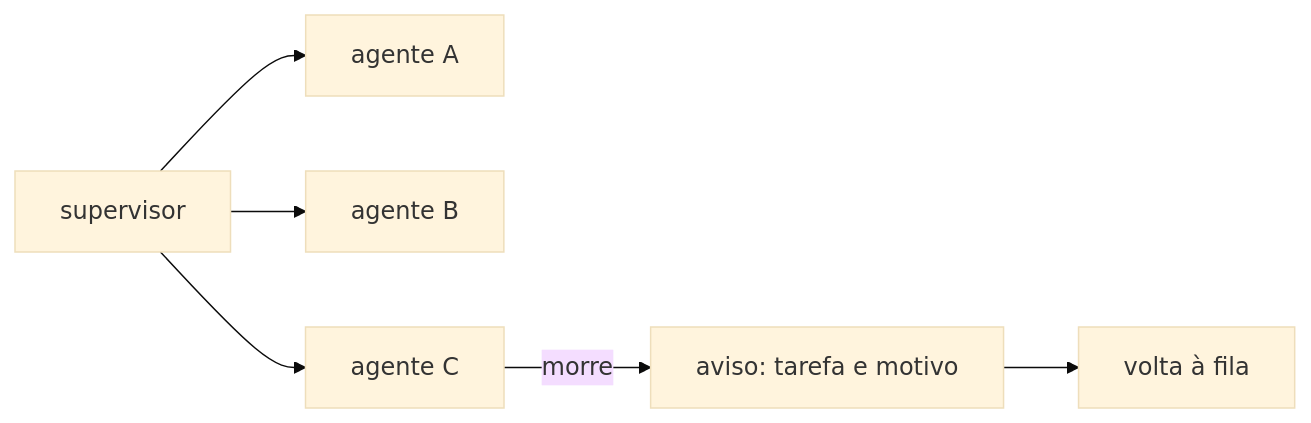
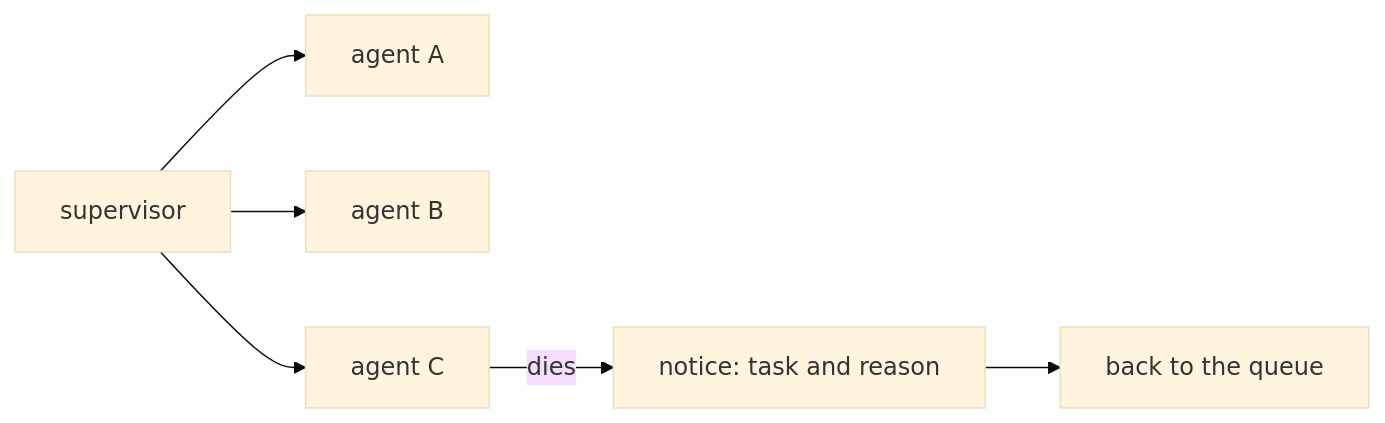
The diagram in docs/tasks/en/E5-parallelism-and-fault-tolerance/FAB-501-one-supervised-process-per-task.md (enzoconsulo/factory-tcc), drawn with Mermaid (base theme) before and after one commit. The commit also changed 52 other files, not shown here.

````diff
--- a/docs/tasks/en/E5-parallelism-and-fault-tolerance/FAB-501-one-supervised-process-per-task.md
+++ b/docs/tasks/en/E5-parallelism-and-fault-tolerance/FAB-501-one-supervised-process-per-task.md
@@ -11,8 +11,8 @@
 ```mermaid
 flowchart LR
-  S["supervisor"] --> A["agente A"]
-  S --> B["agente B"]
-  S --> C["agente C"]
-  C -- "morre" --> X["aviso: tarefa e motivo"]
-  X --> Q["volta à fila"]
+  S["supervisor"] --> A["agent A"]
+  S --> B["agent B"]
+  S --> C["agent C"]
+  C -- "dies" --> X["notice: task and reason"]
+  X --> Q["back to the queue"]
 ```
````
